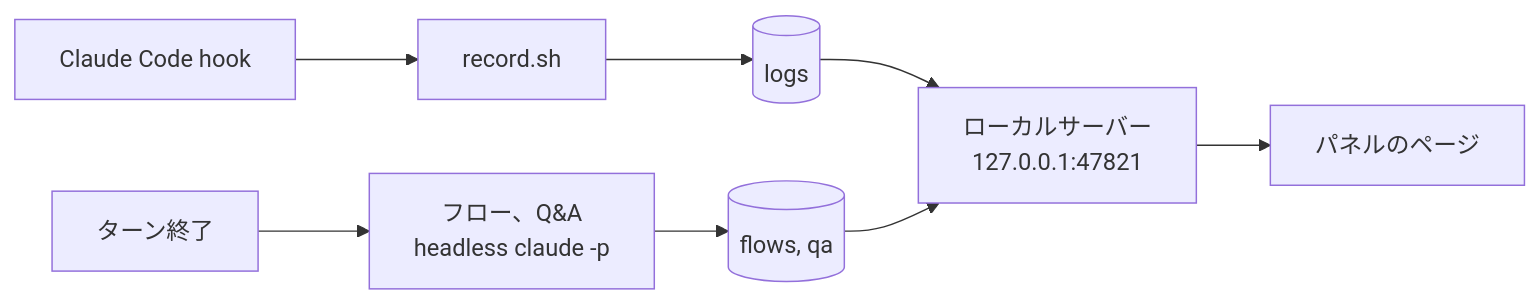
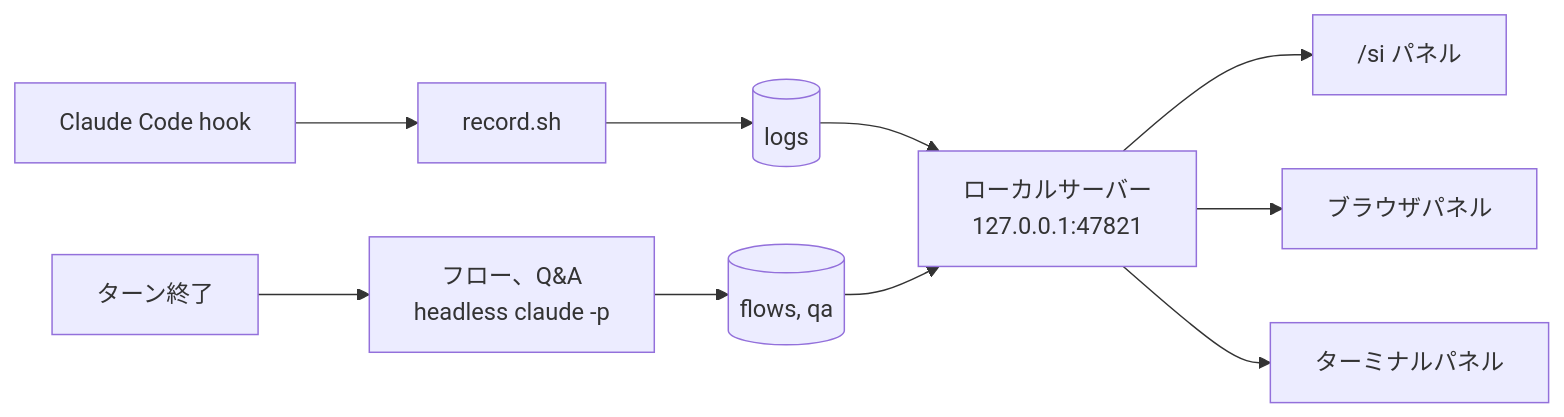
One commit to wonjoonSeol-WS/claude-side-insights changed the diagram in README.ja.md. Above: the diagram before and after it, drawn with Mermaid. The commit also changed other lines of this file and 34 other files, not shown here.

````diff
--- a/README.ja.md
+++ b/README.ja.md
@@ -272,7 +273,10 @@
 ```mermaid
 flowchart LR
   hooks["Claude Code hook"] --> rec["record.sh"] --> logs[("logs")]
   stop["ターン終了"] --> runs["フロー、Q&A<br/>headless claude -p"] --> results[("flows, qa")]
   logs --> server["ローカルサーバー<br/>127.0.0.1:47821"]
-  results --> server --> page["パネルのページ"]
+  results --> server
+  server --> pane["/si パネル"]
+  server --> page["ブラウザパネル"]
+  server --> term["ターミナルパネル"]
 ```
````
